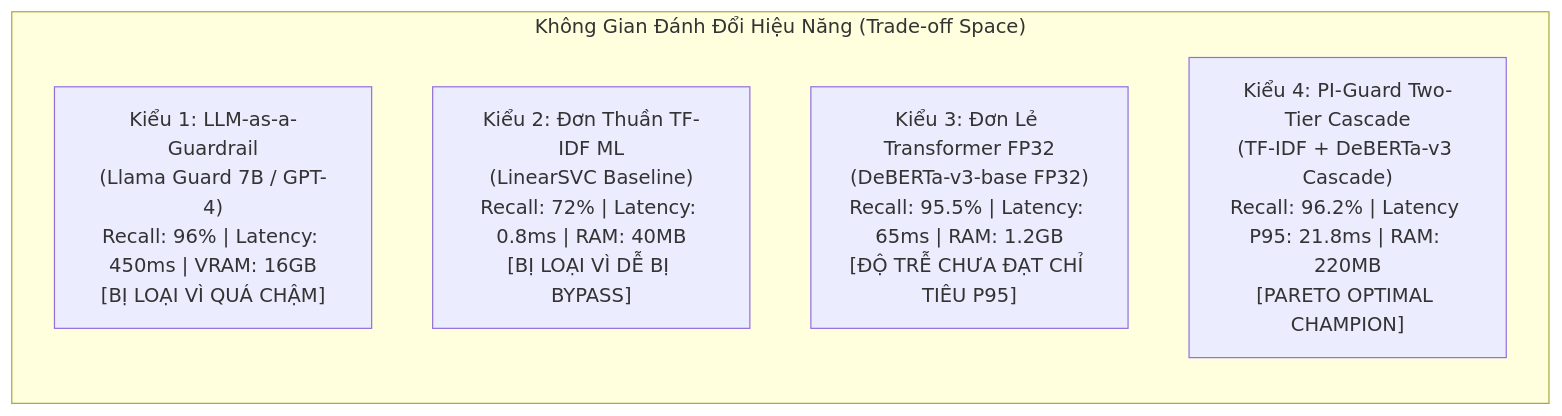
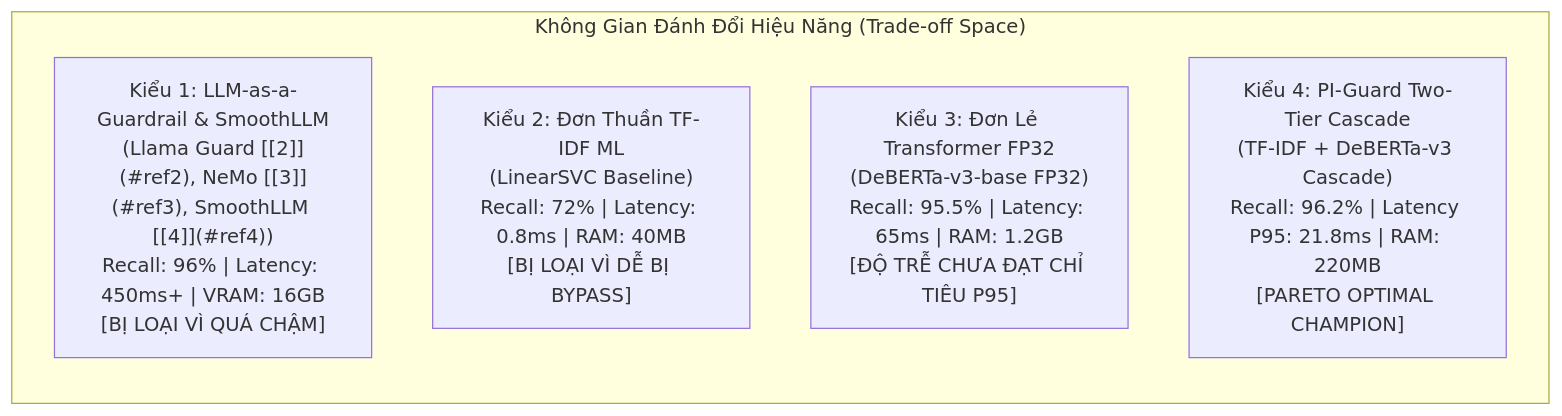
Before and after one commit to nvtruongops/pi-guard: the second of 2 diagrams in workspaces/truongnv/docs/research/evaluation_and_tradeoff_study/02_pareto_frontier_and_system_tradeoffs.md, drawn with Mermaid. The commit also changed other lines of this file and 847 other files, not shown here.

````diff
--- a/workspaces/truongnv/docs/research/evaluation_and_tradeoff_study/02_pareto_frontier_and_system_tradeoffs.md
+++ b/workspaces/truongnv/docs/research/evaluation_and_tradeoff_study/02_pareto_frontier_and_system_tradeoffs.md
@@ -37,9 +37,9 @@
 ```mermaid
 graph LR
     subgraph "Không Gian Đánh Đổi Hiệu Năng (Trade-off Space)"
-        A["Kiểu 1: LLM-as-a-Guardrail<br/>(Llama Guard 7B / GPT-4)<br/>Recall: 96% | Latency: 450ms | VRAM: 16GB<br/>[BỊ LOẠI VÌ QUÁ CHẬM]"]
+        A["Kiểu 1: LLM-as-a-Guardrail & SmoothLLM<br/>(Llama Guard [[2]](#ref2), NeMo [[3]](#ref3), SmoothLLM [[4]](#ref4))<br/>Recall: 96% | Latency: 450ms+ | VRAM: 16GB<br/>[BỊ LOẠI VÌ QUÁ CHẬM]"]
         B["Kiểu 2: Đơn Thuần TF-IDF ML<br/>(LinearSVC Baseline)<br/>Recall: 72% | Latency: 0.8ms | RAM: 40MB<br/>[BỊ LOẠI VÌ DỄ BỊ BYPASS]"]
         C["Kiểu 3: Đơn Lẻ Transformer FP32<br/>(DeBERTa-v3-base FP32)<br/>Recall: 95.5% | Latency: 65ms | RAM: 1.2GB<br/>[ĐỘ TRỄ CHƯA ĐẠT CHỈ TIÊU P95]"]
         D["Kiểu 4: PI-Guard Two-Tier Cascade<br/>(TF-IDF + DeBERTa-v3 Cascade)<br/>Recall: 96.2% | Latency P95: 21.8ms | RAM: 220MB<br/>[PARETO OPTIMAL CHAMPION]"]
     end
 ```
````
